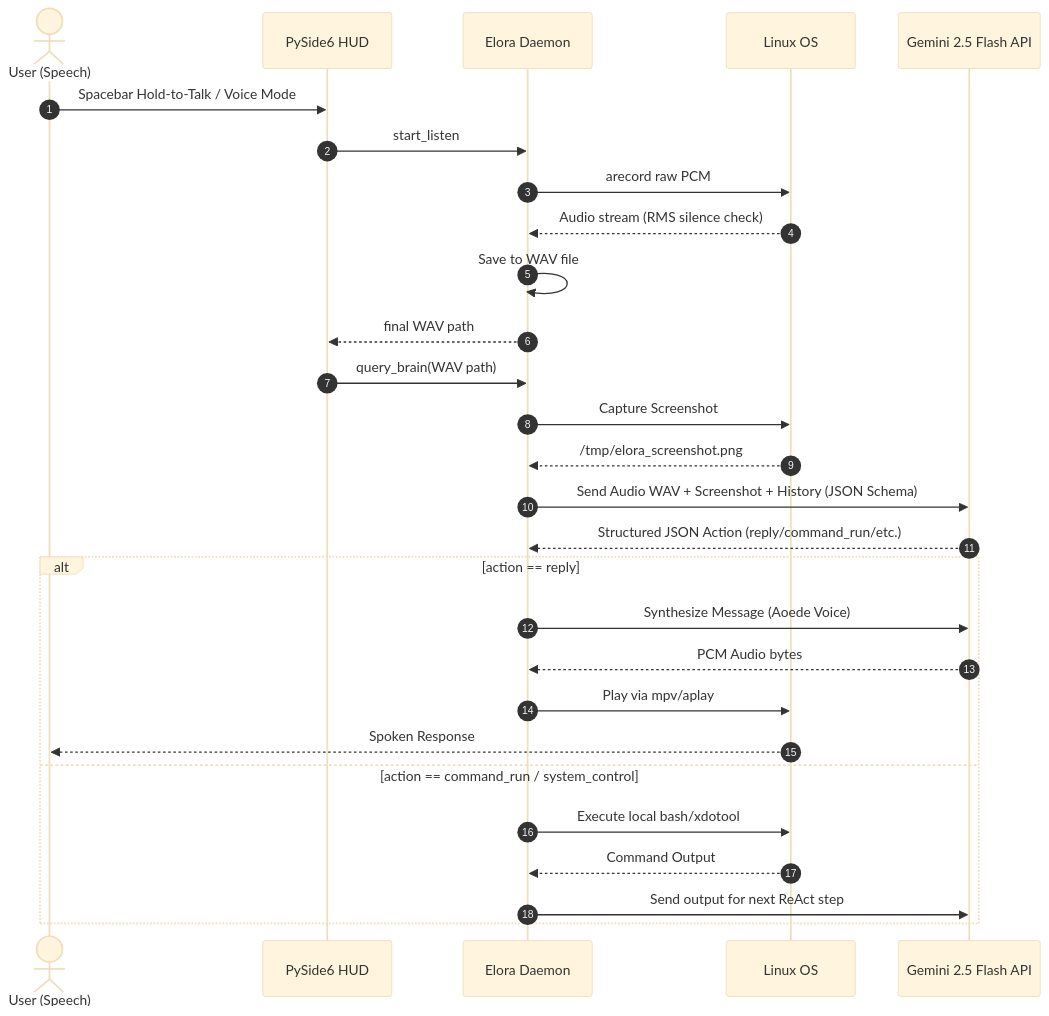
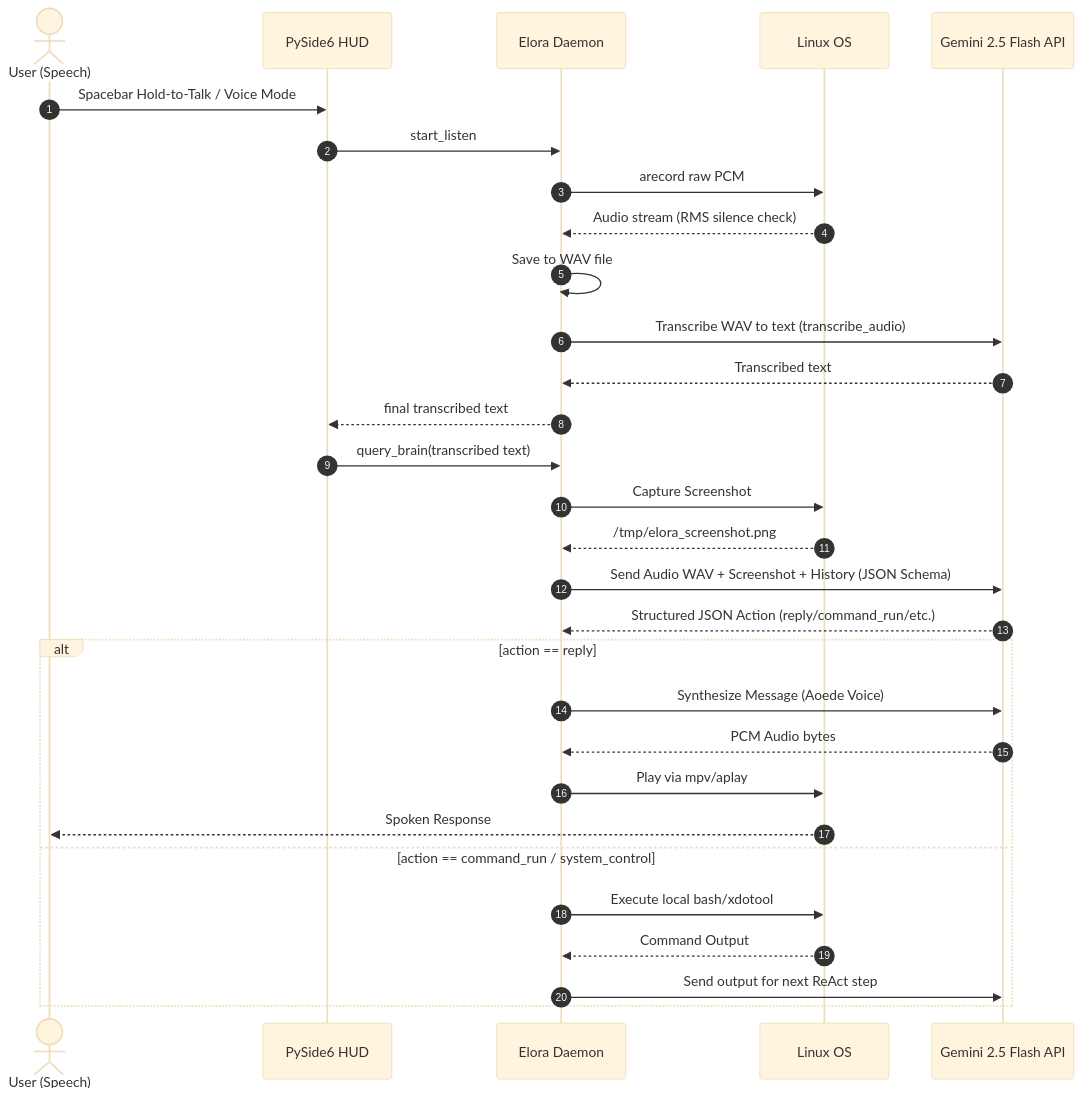
The diagram in README.md (usoy410/elora), drawn with Mermaid (base theme) before and after one commit. The commit also changed other lines of this file and 27 other files, not shown here.

````diff
--- a/README.md
+++ b/README.md
@@ -11,31 +11,33 @@
 ```mermaid
 sequenceDiagram
     autonumber
     actor User as User (Speech)
     participant HUD as PySide6 HUD
     participant Daemon as Elora Daemon
     participant OS as Linux OS
     participant Gemini as Gemini 2.5 Flash API
 
     User->>HUD: Spacebar Hold-to-Talk / Voice Mode
     HUD->>Daemon: start_listen
     Daemon->>OS: arecord raw PCM
     OS-->>Daemon: Audio stream (RMS silence check)
     Daemon->>Daemon: Save to WAV file
-    Daemon-->>HUD: final WAV path
-    HUD->>Daemon: query_brain(WAV path)
+    Daemon->>Gemini: Transcribe WAV to text (transcribe_audio)
+    Gemini-->>Daemon: Transcribed text
+    Daemon-->>HUD: final transcribed text
+    HUD->>Daemon: query_brain(transcribed text)
     Daemon->>OS: Capture Screenshot
     OS-->>Daemon: /tmp/elora_screenshot.png
     Daemon->>Gemini: Send Audio WAV + Screenshot + History (JSON Schema)
     Gemini-->>Daemon: Structured JSON Action (reply/command_run/etc.)
     alt action == reply
         Daemon->>Gemini: Synthesize Message (Aoede Voice)
         Gemini-->>Daemon: PCM Audio bytes
         Daemon->>OS: Play via mpv/aplay
         OS-->>User: Spoken Response
     else action == command_run / system_control
         Daemon->>OS: Execute local bash/xdotool
         OS-->>Daemon: Command Output
         Daemon->>Gemini: Send output for next ReAct step
     end
 ```
````
